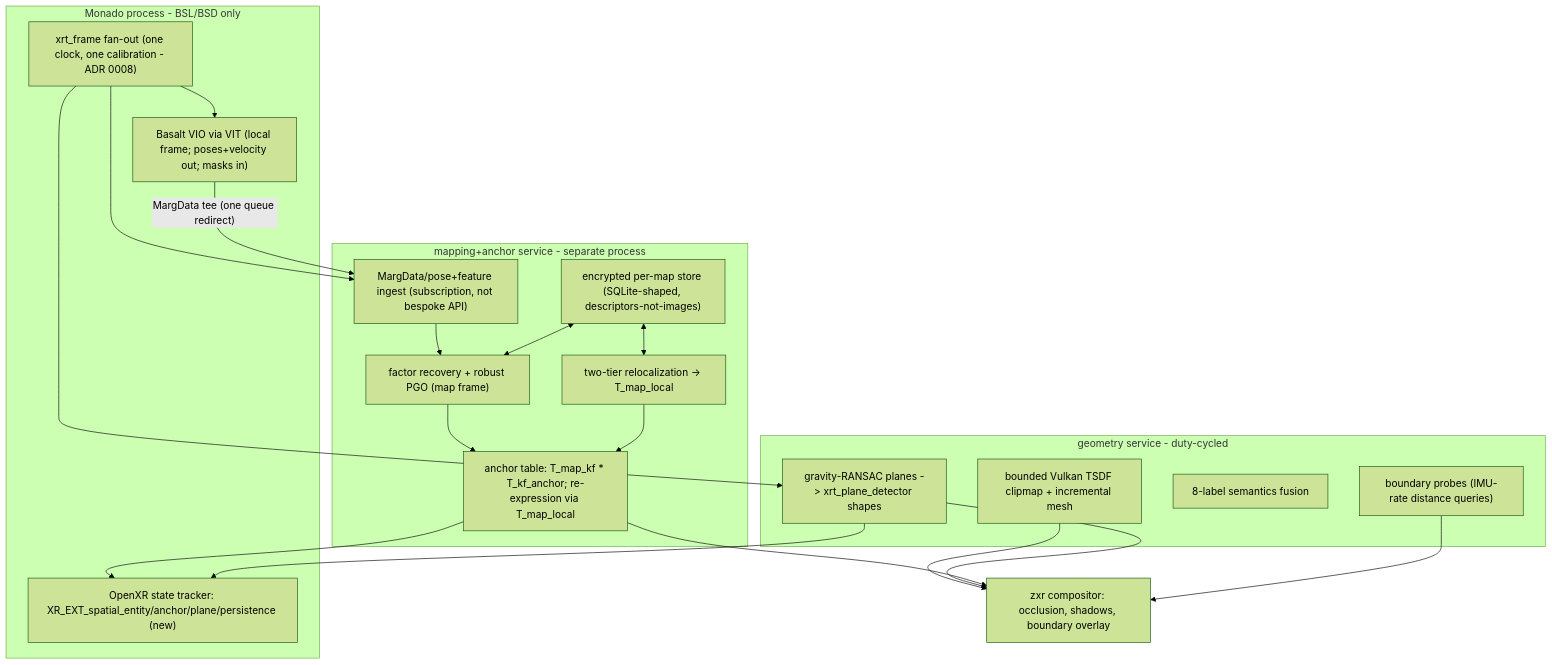
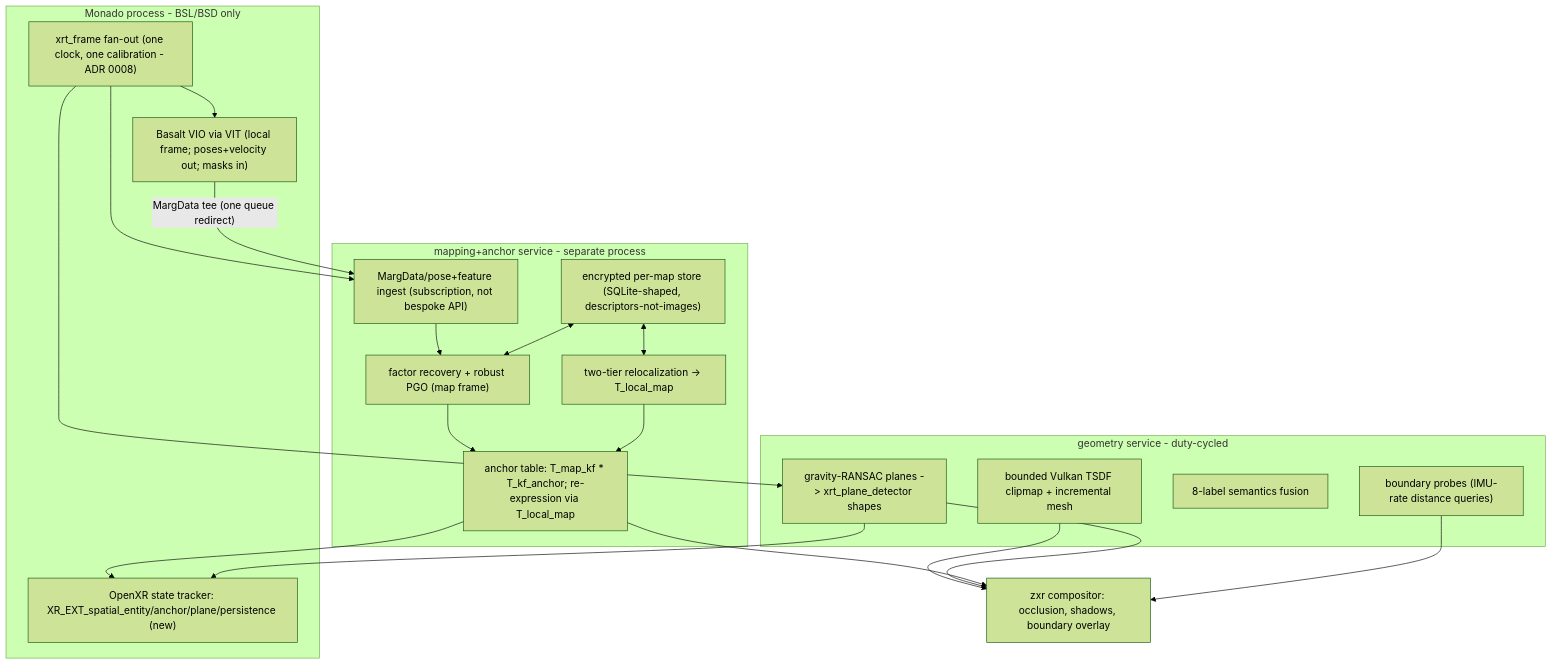
One commit to mura-os/mura changed the diagram in docs/architecture/spatial-mapping.md. Above: the diagram before and after it, drawn with Mermaid (forest theme). The commit also changed other lines of this file and 5 other files, not shown here.

First line of the commit message:
spatial mapping (Tier 4): research 20-23, architecture spec, ADR 0009, red-team review + triage

````diff
--- a/docs/architecture/spatial-mapping.md
+++ b/docs/architecture/spatial-mapping.md
@@ -33,35 +35,35 @@
 ```mermaid
 flowchart TB
     subgraph monadoProc [Monado process - BSL/BSD only]
         fanout["xrt_frame fan-out (one clock, one calibration - ADR 0008)"]
         vio["Basalt VIO via VIT (local frame; poses+velocity out; masks in)"]
         oxr["OpenXR state tracker: XR_EXT_spatial_entity/anchor/plane/persistence (new)"]
     end
     subgraph mapProc [mapping+anchor service - separate process]
         ingest["MargData/pose+feature ingest (subscription, not bespoke API)"]
         pgo["factor recovery + robust PGO (map frame)"]
-        reloc["two-tier relocalization -> T_map_local"]
-        anchors["anchor table: T_map_kf * T_kf_anchor; re-expression via T_map_local"]
+        reloc["two-tier relocalization -> T_local_map"]
+        anchors["anchor table: T_map_kf * T_kf_anchor; re-expression via T_local_map"]
         store["encrypted per-map store (SQLite-shaped, descriptors-not-images)"]
     end
     subgraph geoProc [geometry service - duty-cycled]
         planes["gravity-RANSAC planes -> xrt_plane_detector shapes"]
         tsdf["bounded Vulkan TSDF clipmap + incremental mesh"]
         sem["8-label semantics fusion"]
         boundary["boundary probes (IMU-rate distance queries)"]
     end
     fanout --> vio
     fanout --> ingest
     fanout --> planes
     vio -->|"MargData tee (one queue redirect)"| ingest
     ingest --> pgo --> anchors
     reloc --> anchors
     store <--> pgo
     store <--> reloc
     anchors --> oxr
     planes --> oxr
     tsdf --> comp["zxr compositor: occlusion, shadows, boundary overlay"]
     planes --> comp
     anchors --> comp
     boundary --> comp
 ```
````
